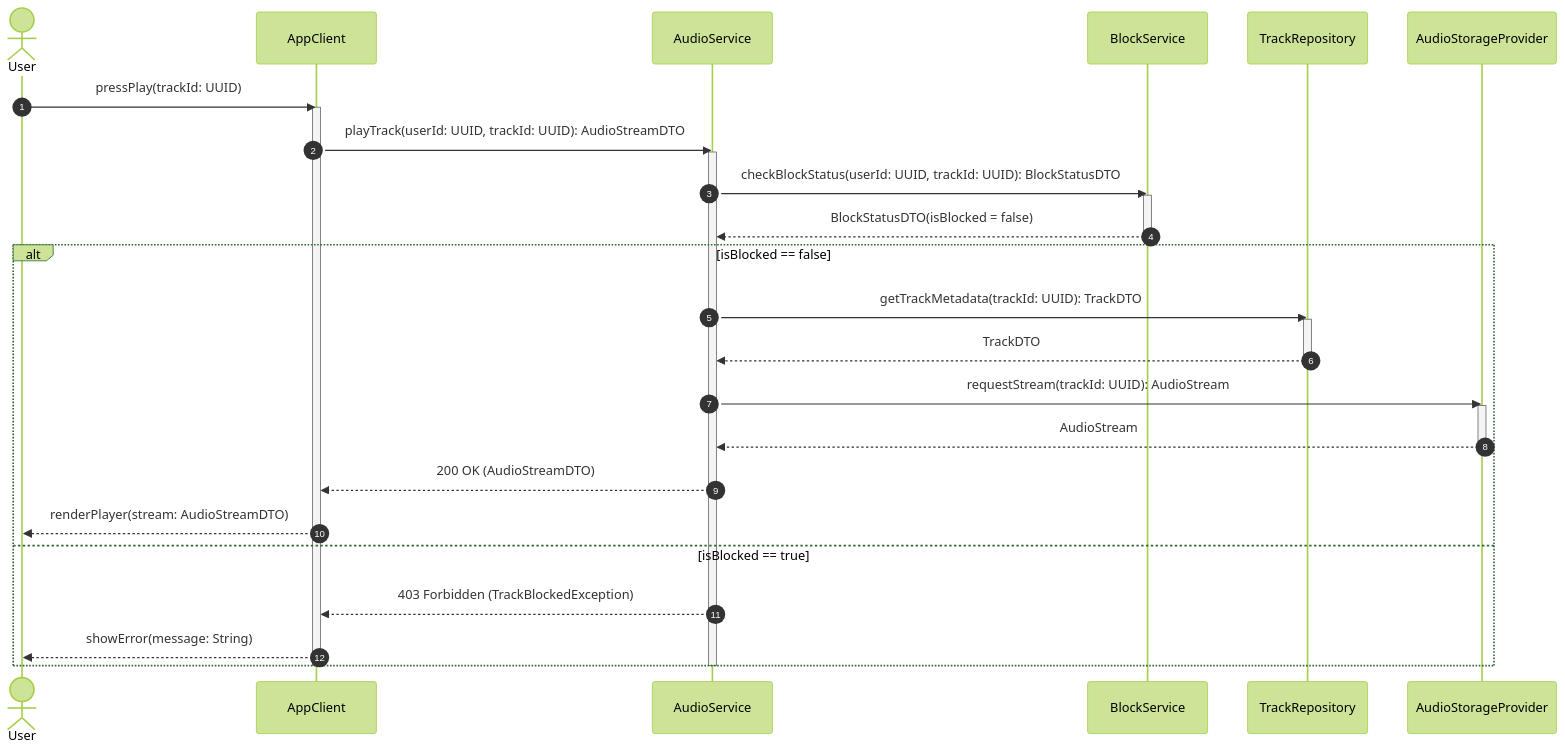
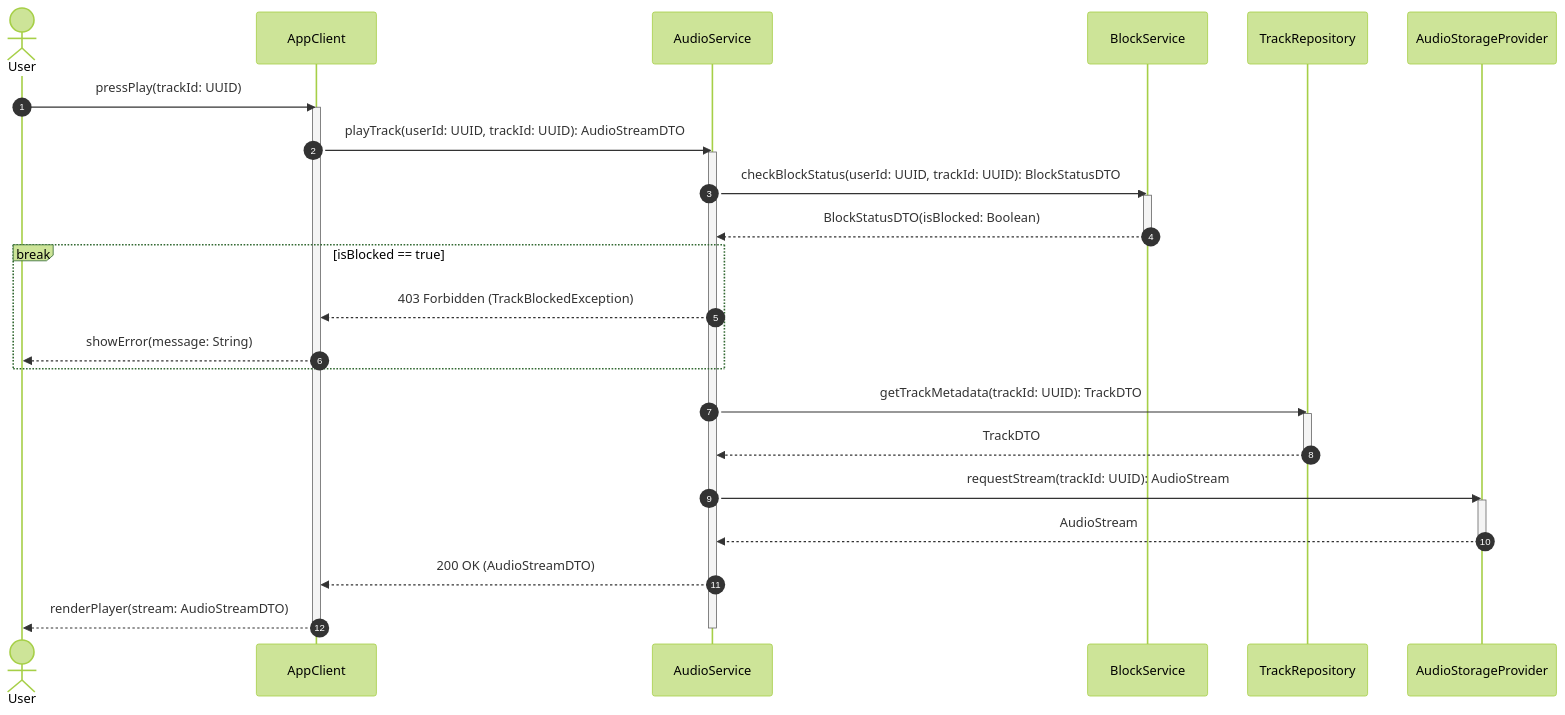
One commit to ranenneyoulikemore/music-app-er changed the diagram in sc-01-play-success.md. Above: the diagram before and after it, drawn with Mermaid (forest theme). The commit also changed 3 other files, not shown here.

Commit message:
refactor(sequence): simplify diagrams with break and opt guard clauses

````diff
--- a/sc-01-play-success.md
+++ b/sc-01-play-success.md
@@ -1,41 +1,41 @@
 ```mermaid
 sequenceDiagram
     autonumber
     actor User
     participant AppClient
     participant AudioService
     participant BlockService
     participant TrackRepository
     participant AudioStorageProvider
 
     User->>AppClient: pressPlay(trackId: UUID)
     activate AppClient
     AppClient->>AudioService: playTrack(userId: UUID, trackId: UUID): AudioStreamDTO
     activate AudioService
 
     AudioService->>BlockService: checkBlockStatus(userId: UUID, trackId: UUID): BlockStatusDTO
     activate BlockService
-    BlockService-->>AudioService: BlockStatusDTO(isBlocked = false)
+    BlockService-->>AudioService: BlockStatusDTO(isBlocked: Boolean)
     deactivate BlockService
 
-    alt isBlocked == false
-        AudioService->>TrackRepository: getTrackMetadata(trackId: UUID): TrackDTO
-        activate TrackRepository
-        TrackRepository-->>AudioService: TrackDTO
-        deactivate TrackRepository
-
-        AudioService->>AudioStorageProvider: requestStream(trackId: UUID): AudioStream
-        activate AudioStorageProvider
-        AudioStorageProvider-->>AudioService: AudioStream
-        deactivate AudioStorageProvider
-
-        AudioService-->>AppClient: 200 OK (AudioStreamDTO)
-        AppClient-->>User: renderPlayer(stream: AudioStreamDTO)
-    else isBlocked == true
+    break isBlocked == true
         AudioService-->>AppClient: 403 Forbidden (TrackBlockedException)
         AppClient-->>User: showError(message: String)
     end
 
+    AudioService->>TrackRepository: getTrackMetadata(trackId: UUID): TrackDTO
+    activate TrackRepository
+    TrackRepository-->>AudioService: TrackDTO
+    deactivate TrackRepository
+
+    AudioService->>AudioStorageProvider: requestStream(trackId: UUID): AudioStream
+    activate AudioStorageProvider
+    AudioStorageProvider-->>AudioService: AudioStream
+    deactivate AudioStorageProvider
+
+    AudioService-->>AppClient: 200 OK (AudioStreamDTO)
+    AppClient-->>User: renderPlayer(stream: AudioStreamDTO)
+
     deactivate AudioService
     deactivate AppClient
 ```
````
